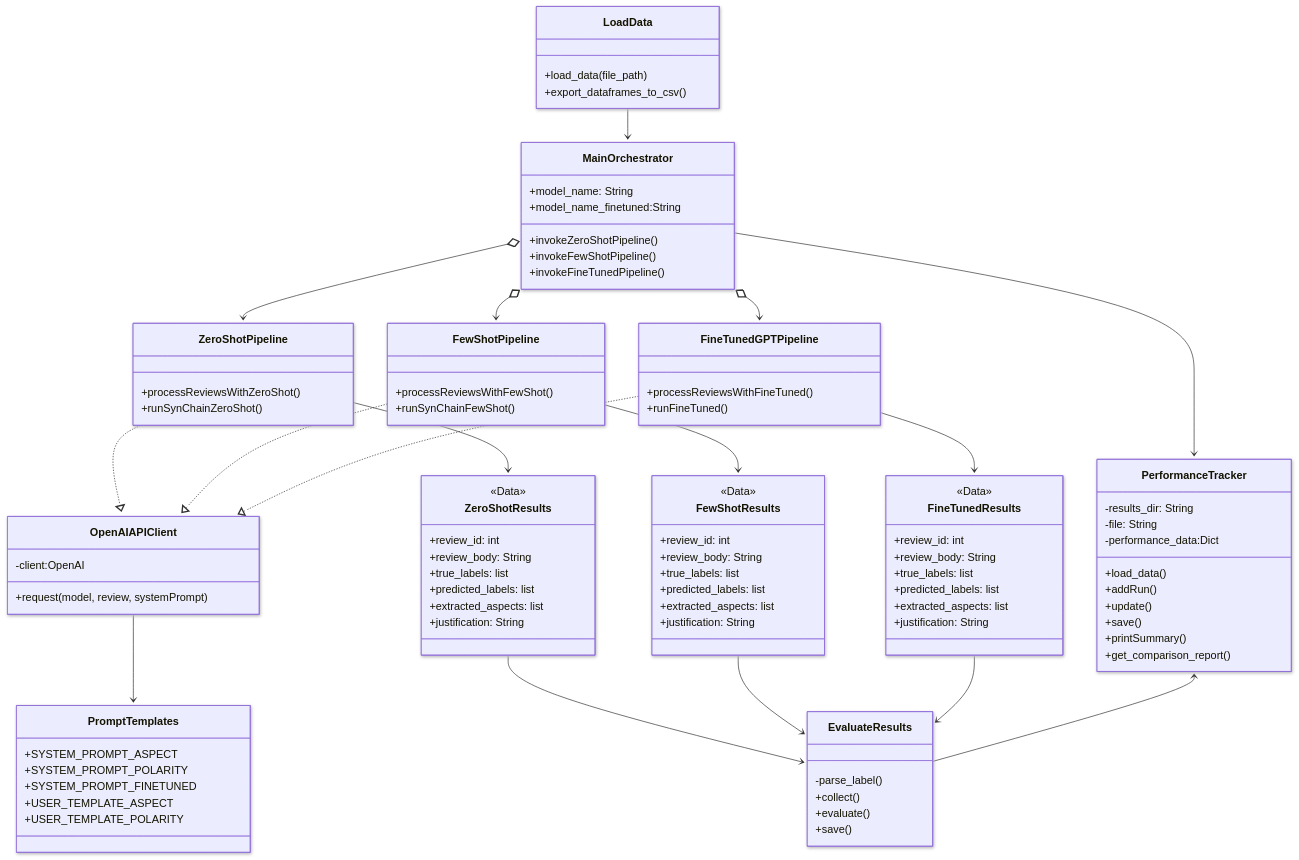
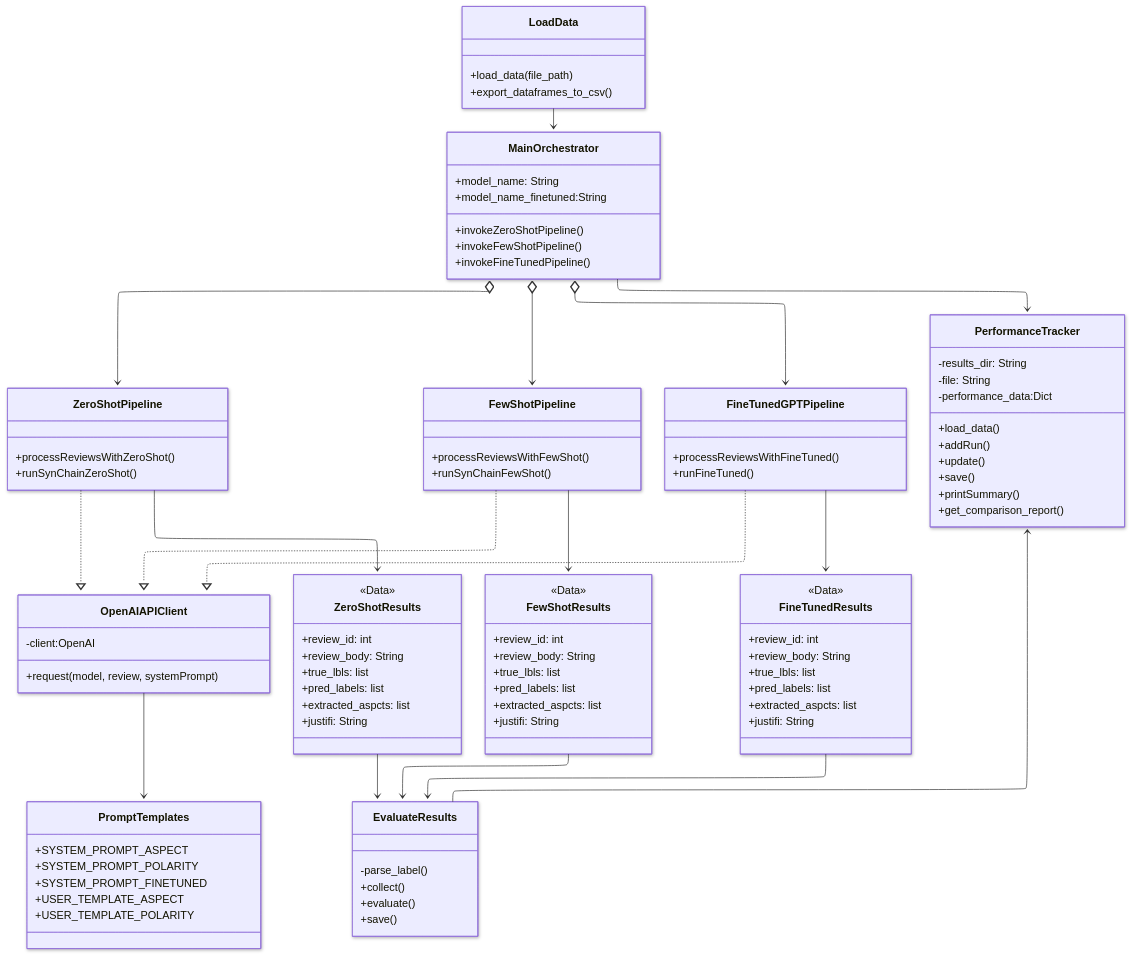
The diagram in project_files/classDiagram.mmd (DominikMoreira/dw082-ba-ss25), drawn with Mermaid before and after one commit.

```diff
--- a/project_files/classDiagram.mmd
+++ b/project_files/classDiagram.mmd
@@ -1,102 +1,105 @@
 ---
 config:
   look: neo
+  layout: elk
+  class:
+    hideEmptyMembersBox: false
 ---
 classDiagram
 direction TB
     class LoadData {
 	    +load_data(file_path)
 	    +export_dataframes_to_csv()
     }
     class MainOrchestrator {
 	    +model_name: String
 	    +model_name_finetuned:String
 	    +invokeZeroShotPipeline()
 	    +invokeFewShotPipeline()
 	    +invokeFineTunedPipeline()
     }
     class ZeroShotPipeline {
 	    +processReviewsWithZeroShot()
 	    +runSynChainZeroShot()
     }
     class FewShotPipeline {
 	    +processReviewsWithFewShot()
 	    +runSynChainFewShot()
     }
     class FineTunedGPTPipeline {
 	    +processReviewsWithFineTuned()
 	    +runFineTuned()
     }
     class PromptTemplates {
 	    +SYSTEM_PROMPT_ASPECT
 	    +SYSTEM_PROMPT_POLARITY
 	    +SYSTEM_PROMPT_FINETUNED
 	    +USER_TEMPLATE_ASPECT
 	    +USER_TEMPLATE_POLARITY
     }
     class EvaluateResults {
 	    -parse_label()
 	    +collect()
 	    +evaluate()
 	    +save()
     }
     class PerformanceTracker {
 	    -results_dir: String
 	    -file: String
 	    -performance_data:Dict
 	    +load_data()
 	    +addRun()
 	    +update()
 	    +save()
 	    +printSummary()
 	    +get_comparison_report()
     }
     class OpenAIAPIClient {
 	    -client:OpenAI
 	    +request(model, review, systemPrompt)
     }
     class ZeroShotResults {
 	    +review_id: int
 	    +review_body: String
-	    +true_labels: list
-	    +predicted_labels: list
-	    +extracted_aspects: list
-	    +justification: String
+	    +true_lbls: list
+	    +pred_labels: list
+	    +extracted_aspcts: list
+	    +justifi: String
     }
     class FewShotResults {
 	    +review_id: int
 	    +review_body: String
-	    +true_labels: list
-	    +predicted_labels: list
-	    +extracted_aspects: list
-	    +justification: String
+	    +true_lbls: list
+	    +pred_labels: list
+	    +extracted_aspcts: list
+	    +justifi: String
     }
     class FineTunedResults {
 	    +review_id: int
 	    +review_body: String
-	    +true_labels: list
-	    +predicted_labels: list
-	    +extracted_aspects: list
-	    +justification: String
+	    +true_lbls: list
+	    +pred_labels: list
+	    +extracted_aspcts: list
+	    +justifi: String
     }
 
 	<<Data>> ZeroShotResults
 	<<Data>> FewShotResults
 	<<Data>> FineTunedResults
 
     LoadData --> MainOrchestrator
     MainOrchestrator o--> ZeroShotPipeline
     MainOrchestrator o--> FewShotPipeline
     MainOrchestrator o--> FineTunedGPTPipeline
     ZeroShotPipeline ..|> OpenAIAPIClient
     FewShotPipeline ..|> OpenAIAPIClient
     FineTunedGPTPipeline ..|> OpenAIAPIClient
     OpenAIAPIClient --> PromptTemplates
     ZeroShotPipeline --> ZeroShotResults
     FewShotPipeline --> FewShotResults
     FineTunedGPTPipeline --> FineTunedResults
     ZeroShotResults --> EvaluateResults
     FewShotResults --> EvaluateResults
     FineTunedResults --> EvaluateResults
     MainOrchestrator --> PerformanceTracker
     PerformanceTracker <-- EvaluateResults
```
